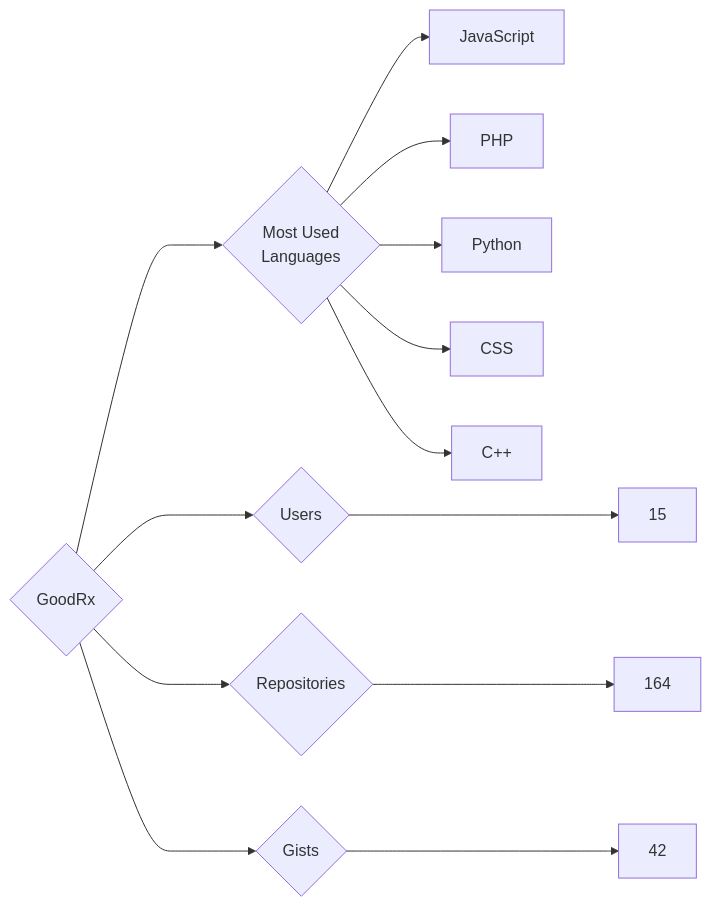
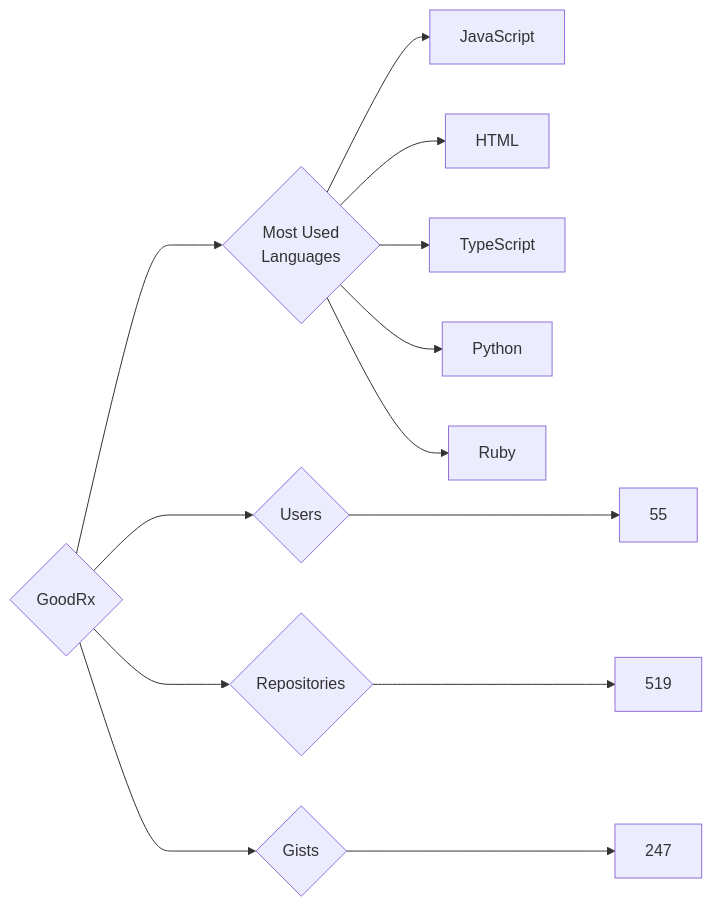
One commit to trickest/insiders changed the diagram in targets/GoodRx/README.md. Above: the diagram before and after it, drawn with Mermaid. The commit also changed 644 other files, not shown here.

````diff
--- a/targets/GoodRx/README.md
+++ b/targets/GoodRx/README.md
@@ -3,13 +3,13 @@
 ```mermaid
 graph LR
 COMPANY_NAME{GoodRx}
-COMPANY_NAME ---> U{Users} ---> UN[15]
-COMPANY_NAME ---> R{Repositories} ---> RN[164]
-COMPANY_NAME ---> G{Gists} ---> GN[42]
+COMPANY_NAME ---> U{Users} ---> UN[55]
+COMPANY_NAME ---> R{Repositories} ---> RN[519]
+COMPANY_NAME ---> G{Gists} ---> GN[247]
 COMPANY_NAME ---> ML{Most Used<br>Languages}
 ML --> JavaScript[JavaScript]
-ML --> PHP[PHP]
+ML --> HTML[HTML]
+ML --> TypeScript[TypeScript]
 ML --> Python[Python]
-ML --> CSS[CSS]
-ML --> C++[C++]
+ML --> Ruby[Ruby]
 ```
````
